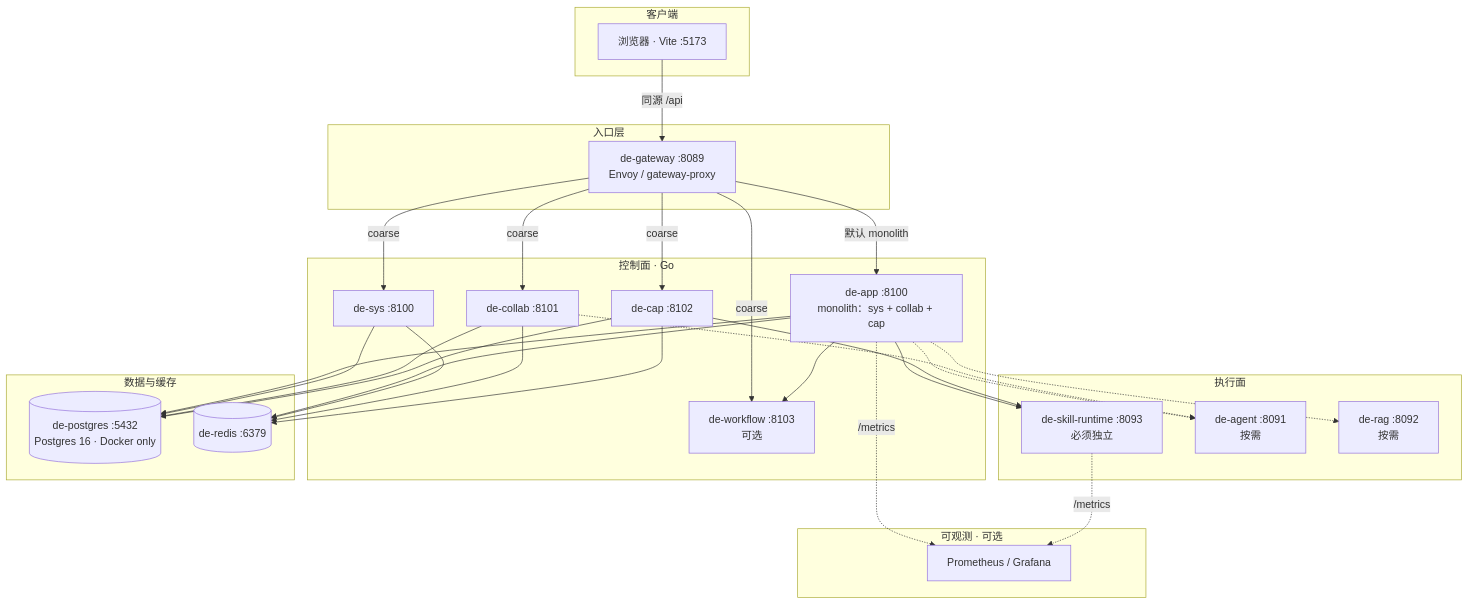
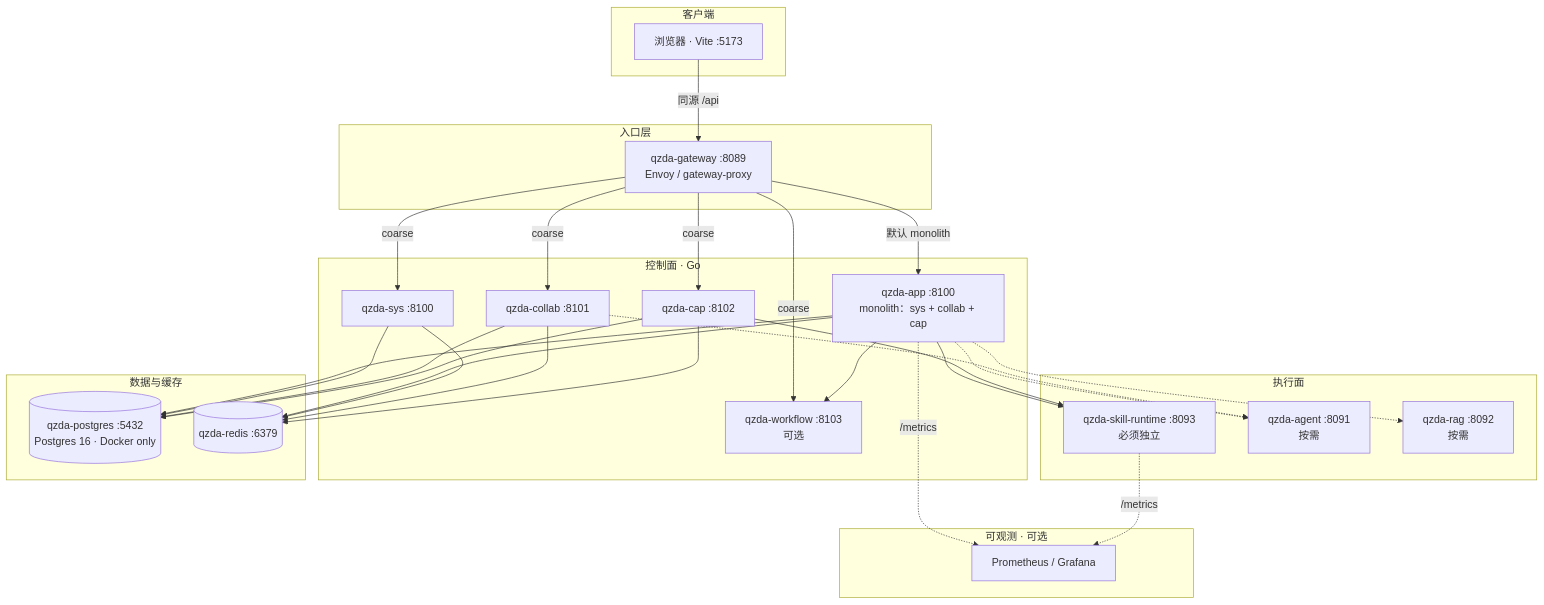
One commit to Lianjifu/QiZhiDaPartnerPlatform changed the second of 5 diagrams in README.md. Above: the diagram before and after it, drawn with Mermaid. The commit also changed other lines of this file and 245 other files, not shown here.

````diff
--- a/README.md
+++ b/README.md
@@ -317,47 +317,47 @@
 ```mermaid
 flowchart TB
   subgraph Client["客户端"]
     Browser["浏览器 · Vite :5173"]
   end
 
   subgraph Edge["入口层"]
-    GW["de-gateway :8089<br/>Envoy / gateway-proxy"]
+    GW["qzda-gateway :8089<br/>Envoy / gateway-proxy"]
   end
 
   subgraph Control["控制面 · Go"]
-    APP["de-app :8100<br/>monolith：sys + collab + cap"]
-    SYS["de-sys :8100"]
-    COL["de-collab :8101"]
-    CAP["de-cap :8102"]
-    WF["de-workflow :8103<br/>可选"]
+    APP["qzda-app :8100<br/>monolith：sys + collab + cap"]
+    SYS["qzda-sys :8100"]
+    COL["qzda-collab :8101"]
+    CAP["qzda-cap :8102"]
+    WF["qzda-workflow :8103<br/>可选"]
   end
 
   subgraph Exec["执行面"]
-    SK["de-skill-runtime :8093<br/>必须独立"]
-    AG["de-agent :8091<br/>按需"]
-    RAG["de-rag :8092<br/>按需"]
+    SK["qzda-skill-runtime :8093<br/>必须独立"]
+    AG["qzda-agent :8091<br/>按需"]
+    RAG["qzda-rag :8092<br/>按需"]
   end
 
   subgraph Data["数据与缓存"]
-    PG[("de-postgres :5432<br/>Postgres 16 · Docker only")]
-    RD[("de-redis :6379")]
+    PG[("qzda-postgres :5432<br/>Postgres 16 · Docker only")]
+    RD[("qzda-redis :6379")]
   end
 
   subgraph Obs["可观测 · 可选"]
     PROM[Prometheus / Grafana]
   end
 
   Browser -->|"同源 /api"| GW
   GW -->|"默认 monolith"| APP
   GW -->|"coarse"| SYS & COL & CAP & WF
 
   APP --> SK
   APP -.-> AG & RAG
   APP --> WF
   CAP --> SK
   COL -.-> AG
 
   APP & SYS & COL & CAP --> PG
   APP & SYS & COL & CAP --> RD
   APP & SK -.->|"/metrics"| PROM
 ```
````
